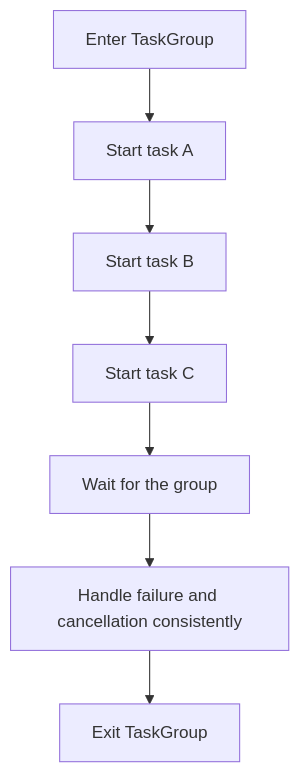
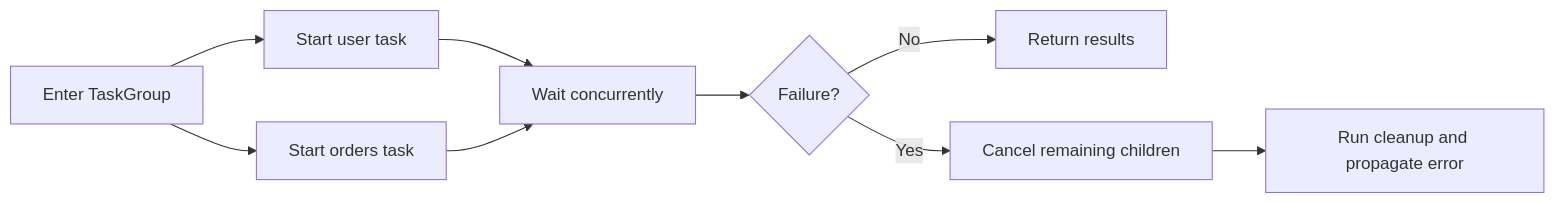
The third of 4 diagrams in src/content/python/async-await-event-loop.md (AvadhBhalodiya/Interview-Preparation), drawn with Mermaid before and after one commit. The commit also changed other lines of this file and 80 other files, not shown here.

````diff
--- a/src/content/python/async-await-event-loop.md
+++ b/src/content/python/async-await-event-loop.md
@@ -480,9 +219,11 @@
 ```mermaid
-flowchart TD
-    ENTER[Enter TaskGroup] --> A[Start task A]
-    A --> B[Start task B]
-    B --> C[Start task C]
-    C --> WAIT[Wait for the group]
-    WAIT --> HANDLE[Handle failure and cancellation consistently]
-    HANDLE --> EXIT[Exit TaskGroup]
+flowchart LR
+    A[Enter TaskGroup] --> B[Start user task]
+    A --> C[Start orders task]
+    B --> D[Wait concurrently]
+    C --> D
+    D --> E{Failure?}
+    E -->|No| F[Return results]
+    E -->|Yes| G[Cancel remaining children]
+    G --> H[Run cleanup and propagate error]
 ```
````
